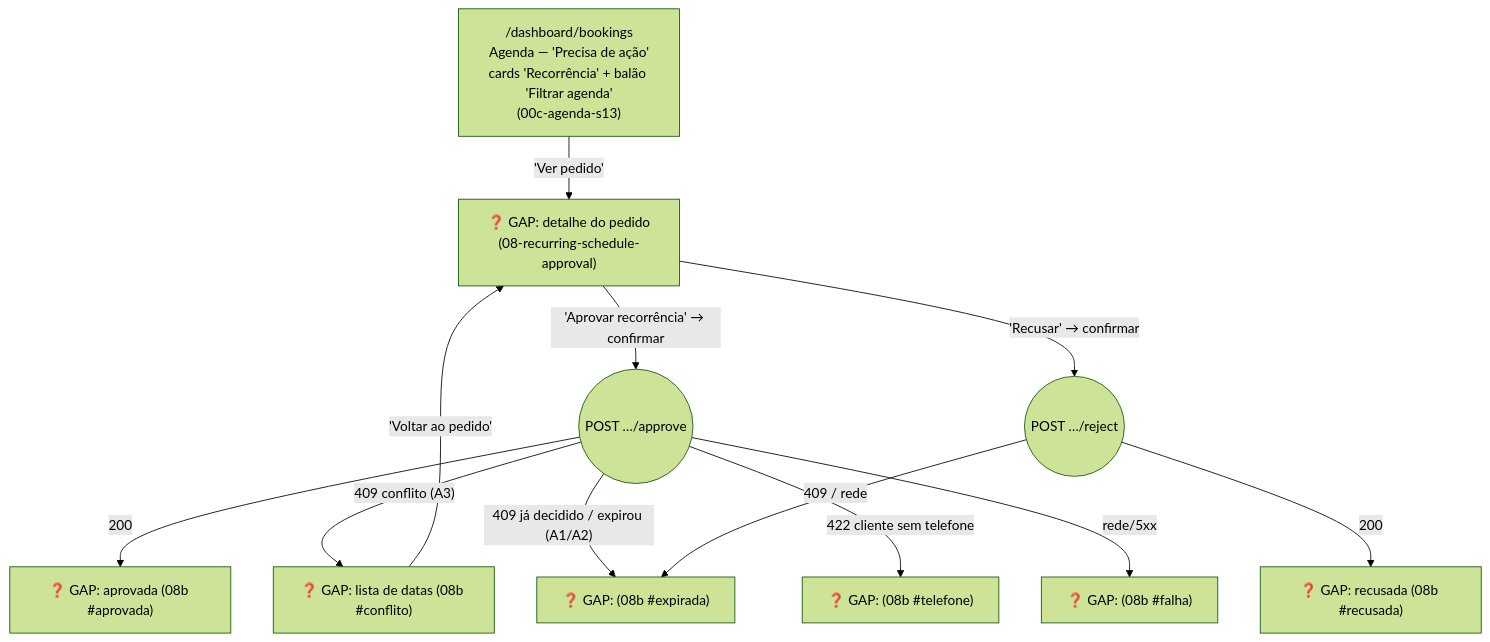
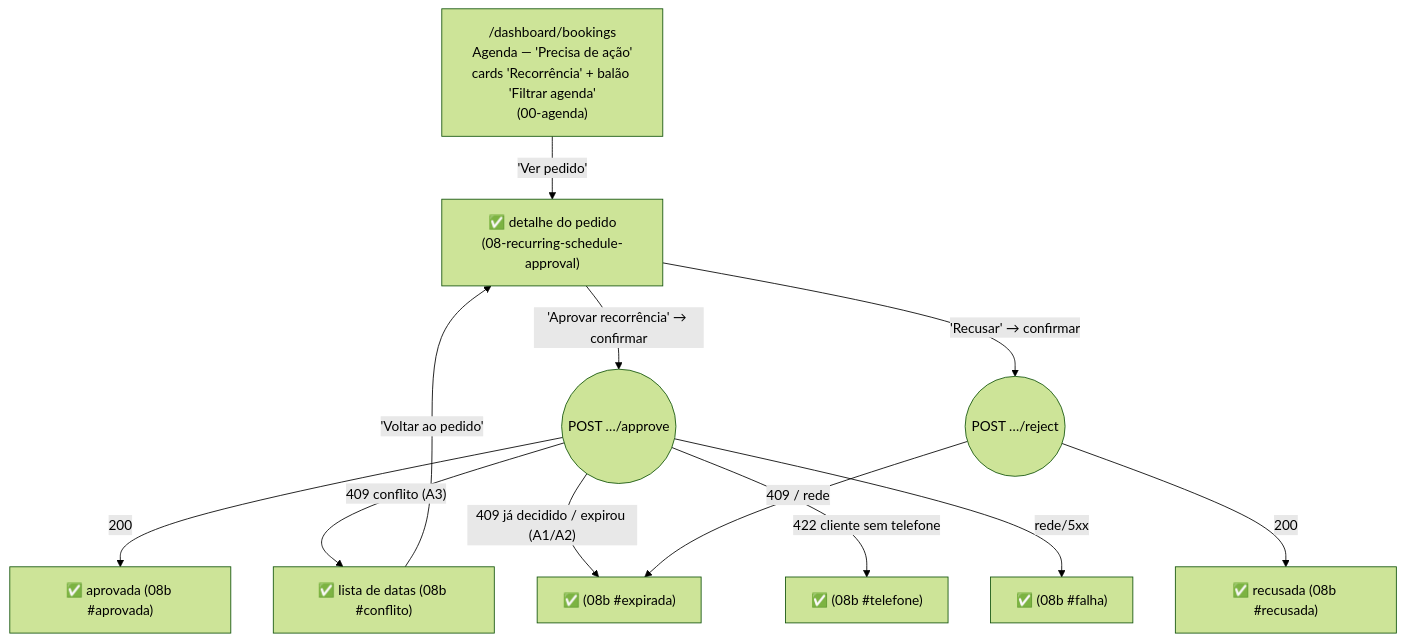
One commit to lmmoreira/ikaro changed the second of 5 diagrams in plan/journey/staff/agenda.md. Above: the diagram before and after it, drawn with Mermaid (forest theme). The commit also changed other lines of this file and 79 other files, not shown here.

````diff
--- a/plan/journey/staff/agenda.md
+++ b/plan/journey/staff/agenda.md
@@ -189,16 +188,16 @@
 ```mermaid
 flowchart TD
     classDef gap stroke:#f00,stroke-dasharray: 5 5,fill:#fee
 
-    Fila["/dashboard/bookings<br/>Agenda — 'Precisa de ação'<br/>cards 'Recorrência' + balão 'Filtrar agenda'<br/>(00c-agenda-s13)"] -->|"'Ver pedido'"| Pedido["❓ GAP: detalhe do pedido<br/>(08-recurring-schedule-approval)"]
+    Fila["/dashboard/bookings<br/>Agenda — 'Precisa de ação'<br/>cards 'Recorrência' + balão 'Filtrar agenda'<br/>(00-agenda)"] -->|"'Ver pedido'"| Pedido["✅ detalhe do pedido<br/>(08-recurring-schedule-approval)"]
     Pedido -->|"'Aprovar recorrência' → confirmar"| ApAprova(("POST …/approve"))
     Pedido -->|"'Recusar' → confirmar"| ApRecusa(("POST …/reject"))
-    ApAprova -->|"200"| R1["❓ GAP: aprovada (08b #aprovada)"]
-    ApAprova -->|"409 conflito (A3)"| R3["❓ GAP: lista de datas (08b #conflito)"]
-    ApAprova -->|"409 já decidido / expirou (A1/A2)"| R4["❓ GAP: (08b #expirada)"]
-    ApAprova -->|"422 cliente sem telefone"| R5["❓ GAP: (08b #telefone)"]
-    ApAprova -->|"rede/5xx"| R6["❓ GAP: (08b #falha)"]
-    ApRecusa -->|"200"| R2["❓ GAP: recusada (08b #recusada)"]
+    ApAprova -->|"200"| R1["✅ aprovada (08b #aprovada)"]
+    ApAprova -->|"409 conflito (A3)"| R3["✅ lista de datas (08b #conflito)"]
+    ApAprova -->|"409 já decidido / expirou (A1/A2)"| R4["✅ (08b #expirada)"]
+    ApAprova -->|"422 cliente sem telefone"| R5["✅ (08b #telefone)"]
+    ApAprova -->|"rede/5xx"| R6["✅ (08b #falha)"]
+    ApRecusa -->|"200"| R2["✅ recusada (08b #recusada)"]
     ApRecusa -->|"409 / rede"| R4
     R3 -->|"'Voltar ao pedido'"| Pedido
 ```
````
